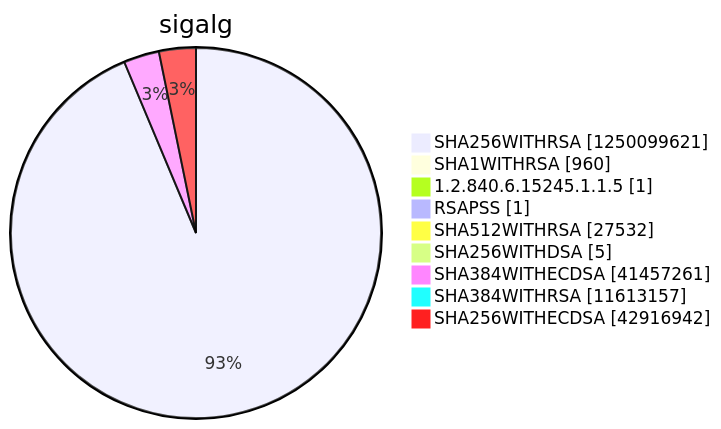
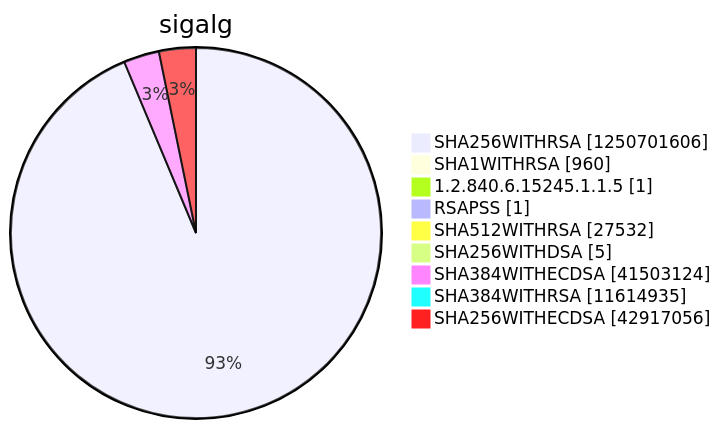
Before and after one commit to christiankrug/ctmonitor_visualization: diagram 15 of 15 in argon2022/README.md, drawn with Mermaid. The commit also changed other lines of this file, not shown here.

````diff
--- a/argon2022/README.md
+++ b/argon2022/README.md
@@ -5522,13 +5522,13 @@
 ```mermaid
 pie showData
 title sigalg
-"SHA256WITHRSA" :1250099621
+"SHA256WITHRSA" :1250701606
 "SHA1WITHRSA" :960
 "1.2.840.6.15245.1.1.5" :1
 "RSAPSS" :1
 "SHA512WITHRSA" :27532
 "SHA256WITHDSA" :5
-"SHA384WITHECDSA" :41457261
-"SHA384WITHRSA" :11613157
-"SHA256WITHECDSA" :42916942
+"SHA384WITHECDSA" :41503124
+"SHA384WITHRSA" :11614935
+"SHA256WITHECDSA" :42917056
 ```
````
